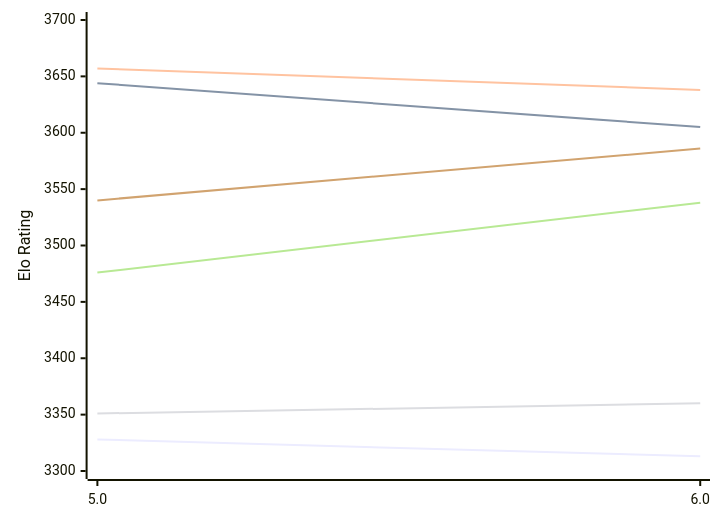
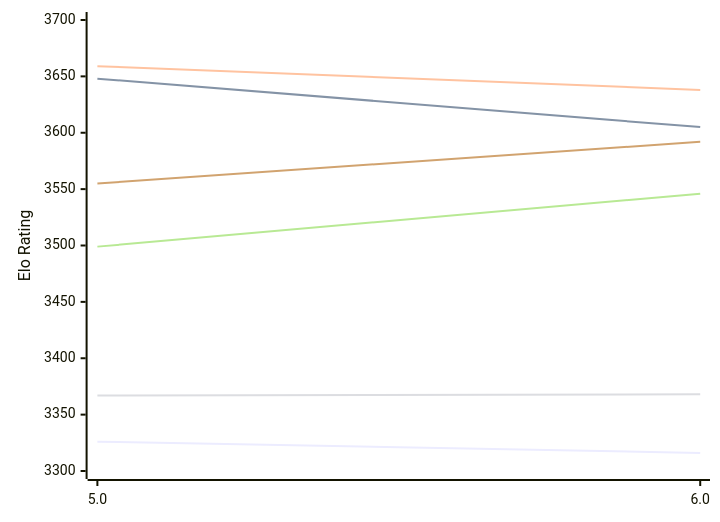
Before and after one commit to computer-chess-index/cci: the first of 2 diagrams in engines/Tarnished.md, drawn with Mermaid. The commit also changed other lines of this file, not shown here.

Commit message:
Update CCI Ratings (ELO VLTC) - 2026-11-25

````diff
--- a/engines/Tarnished.md
+++ b/engines/Tarnished.md
@@ -51,12 +51,12 @@
 ```mermaid
 %%{init: {"theme":"base","themeVariables":{"seriesColors:['#a3a3a3','#222221','#faa371']}}}%%
 xychart-beta
   x-axis ["5.0", "6.0"]
   y-axis "Elo Rating" 3300 --> 3700
-  line "E1: STC (8.0+0.08s)" [3328, 3313]
-  line "E1: LTC (60.0+0.60s)" [3644, 3605]
-  line "E1: VLTC (2m24s+1.12s)" [3657, 3638]
-  line "P1: STC (8.0+0.08s)" [3351, 3360]
-  line "P1: LTC (60.0+0.60s)" [3476, 3538]
-  line "P1: VLTC (2m24s+1.12s)" [3540, 3586]
+  line "E1: STC (8.0+0.08s)" [3326, 3316]
+  line "E1: LTC (60.0+0.60s)" [3648, 3605]
+  line "E1: VLTC (2m24s+1.12s)" [3659, 3638]
+  line "P1: STC (8.0+0.08s)" [3367, 3368]
+  line "P1: LTC (60.0+0.60s)" [3499, 3546]
+  line "P1: VLTC (2m24s+1.12s)" [3555, 3592]
 ```
````
